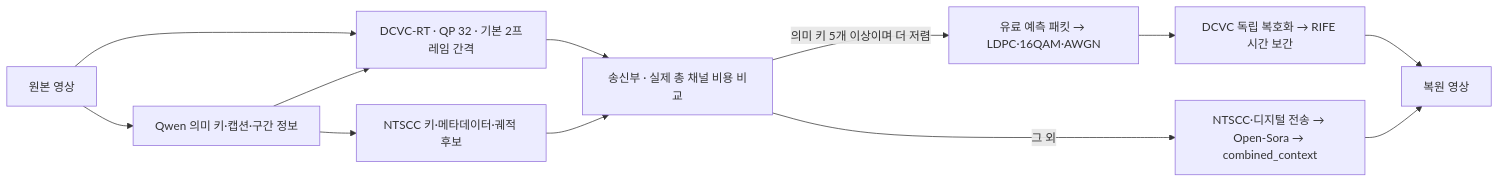
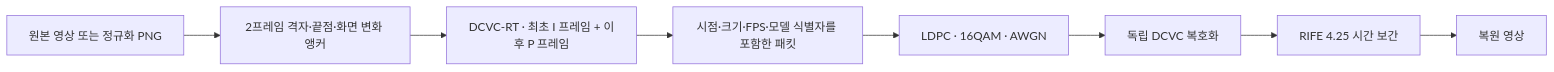
Before and after one commit to SangukBae/semantic_transmission: the diagram in README.md, drawn with Mermaid. The commit also changed other lines of this file and 8 other files, not shown here.

````diff
--- a/README.md
+++ b/README.md
@@ -11,14 +9,10 @@
 ```mermaid
 flowchart LR
-    V[원본 영상] --> S[Qwen 의미 키·캡션·구간 정보]
-    V --> N[DCVC-RT · QP 32 · 기본 2프레임 간격]
-    S --> B[NTSCC 키·메타데이터·궤적 후보]
-    S --> N
-    N --> R[송신부 · 실제 총 채널 비용 비교]
-    B --> R
-    R -->|의미 키 5개 이상이며 더 저렴| T[유료 예측 패킷 → LDPC·16QAM·AWGN]
-    T --> D[DCVC 독립 복호화 → RIFE 시간 보간]
-    R -->|그 외| G[NTSCC·디지털 전송 → Open-Sora → combined_context]
-    D --> O[복원 영상]
-    G --> O
+    V[원본 영상 또는 정규화 PNG] --> A[2프레임 격자·끝점·화면 변화 앵커]
+    A --> C[DCVC-RT · 최초 I 프레임 + 이후 P 프레임]
+    C --> T[시점·크기·FPS·모델 식별자를 포함한 패킷]
+    T --> W[LDPC · 16QAM · AWGN]
+    W --> D[독립 DCVC 복호화]
+    D --> R[RIFE 4.25 시간 보간]
+    R --> O[복원 영상]
 ```
````
